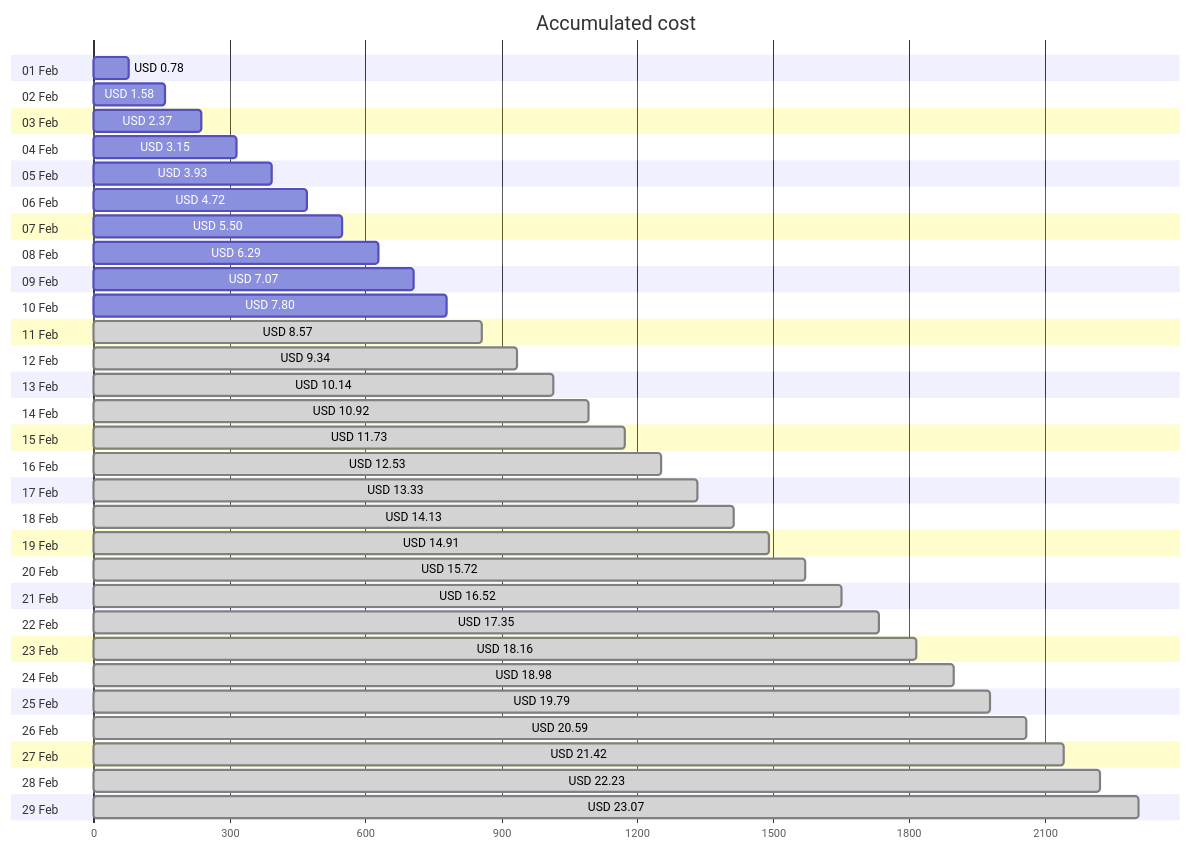
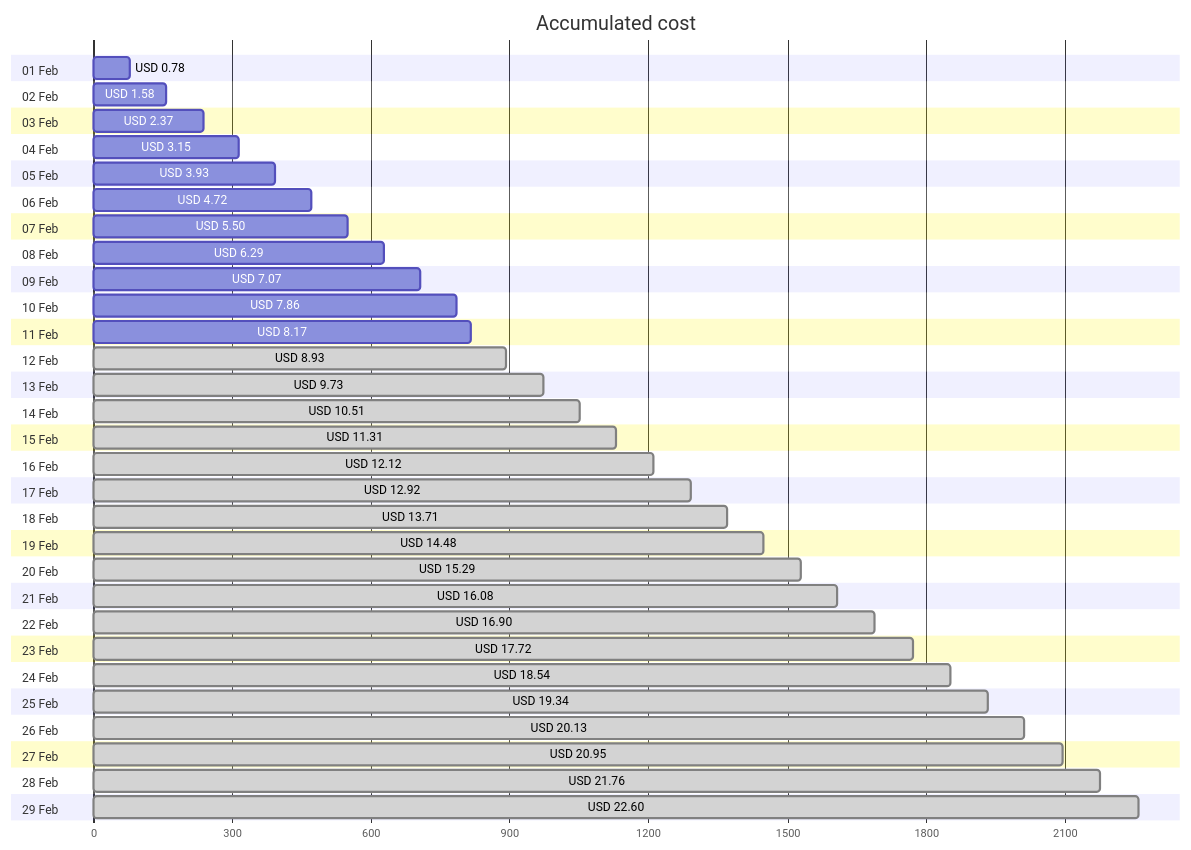
One commit to jpfulton/azure-personal-reports changed the first of 4 diagrams in cost-reports/personal-network/backup-server-data-disk.md. Above: the diagram before and after it, drawn with Mermaid. The commit also changed other lines of this file and 8 other files, not shown here.

````diff
--- a/cost-reports/personal-network/backup-server-data-disk.md
+++ b/cost-reports/personal-network/backup-server-data-disk.md
@@ -20,64 +20,64 @@
 ```mermaid
 gantt
    title Accumulated cost
    dateFormat  X
    axisFormat %s
    section 01 Feb
    USD 0.78 :0, 78
    section 02 Feb
    USD 1.58 :0, 158
    section 03 Feb
    USD 2.37 :0, 237
    section 04 Feb
    USD 3.15 :0, 315
    section 05 Feb
    USD 3.93 :0, 393
    section 06 Feb
    USD 4.72 :0, 472
    section 07 Feb
    USD 5.50 :0, 550
    section 08 Feb
    USD 6.29 :0, 629
    section 09 Feb
    USD 7.07 :0, 707
    section 10 Feb
-   USD 7.80 :0, 780
+   USD 7.86 :0, 786
    section 11 Feb
-   USD 8.57 : done, 0, 857
+   USD 8.17 :0, 817
    section 12 Feb
-   USD 9.34 : done, 0, 934
+   USD 8.93 : done, 0, 893
    section 13 Feb
-   USD 10.14 : done, 0, 1014
+   USD 9.73 : done, 0, 973
    section 14 Feb
-   USD 10.92 : done, 0, 1092
+   USD 10.51 : done, 0, 1051
    section 15 Feb
-   USD 11.73 : done, 0, 1173
+   USD 11.31 : done, 0, 1131
    section 16 Feb
-   USD 12.53 : done, 0, 1253
+   USD 12.12 : done, 0, 1212
    section 17 Feb
-   USD 13.33 : done, 0, 1333
+   USD 12.92 : done, 0, 1292
    section 18 Feb
-   USD 14.13 : done, 0, 1413
+   USD 13.71 : done, 0, 1371
    section 19 Feb
-   USD 14.91 : done, 0, 1491
+   USD 14.48 : done, 0, 1448
    section 20 Feb
-   USD 15.72 : done, 0, 1572
+   USD 15.29 : done, 0, 1529
    section 21 Feb
-   USD 16.52 : done, 0, 1652
+   USD 16.08 : done, 0, 1608
    section 22 Feb
-   USD 17.35 : done, 0, 1735
+   USD 16.90 : done, 0, 1690
    section 23 Feb
-   USD 18.16 : done, 0, 1816
+   USD 17.72 : done, 0, 1772
    section 24 Feb
-   USD 18.98 : done, 0, 1898
+   USD 18.54 : done, 0, 1854
    section 25 Feb
-   USD 19.79 : done, 0, 1979
+   USD 19.34 : done, 0, 1934
    section 26 Feb
-   USD 20.59 : done, 0, 2059
+   USD 20.13 : done, 0, 2013
    section 27 Feb
-   USD 21.42 : done, 0, 2142
+   USD 20.95 : done, 0, 2095
    section 28 Feb
-   USD 22.23 : done, 0, 2223
+   USD 21.76 : done, 0, 2176
    section 29 Feb
-   USD 23.07 : done, 0, 2307
+   USD 22.60 : done, 0, 2260
 ```
````
